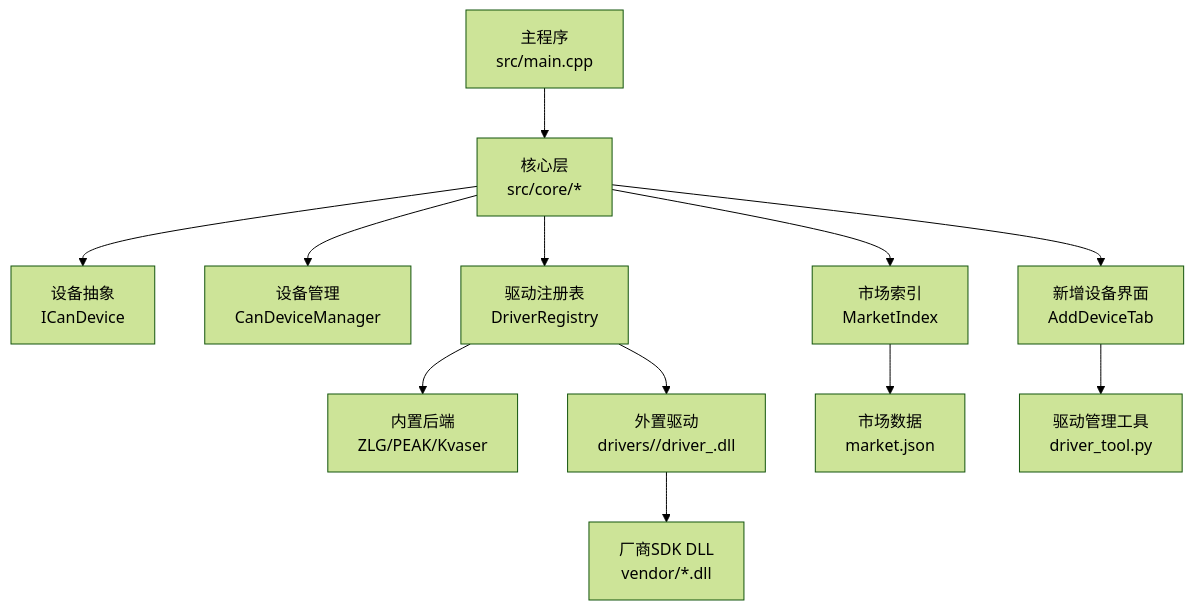
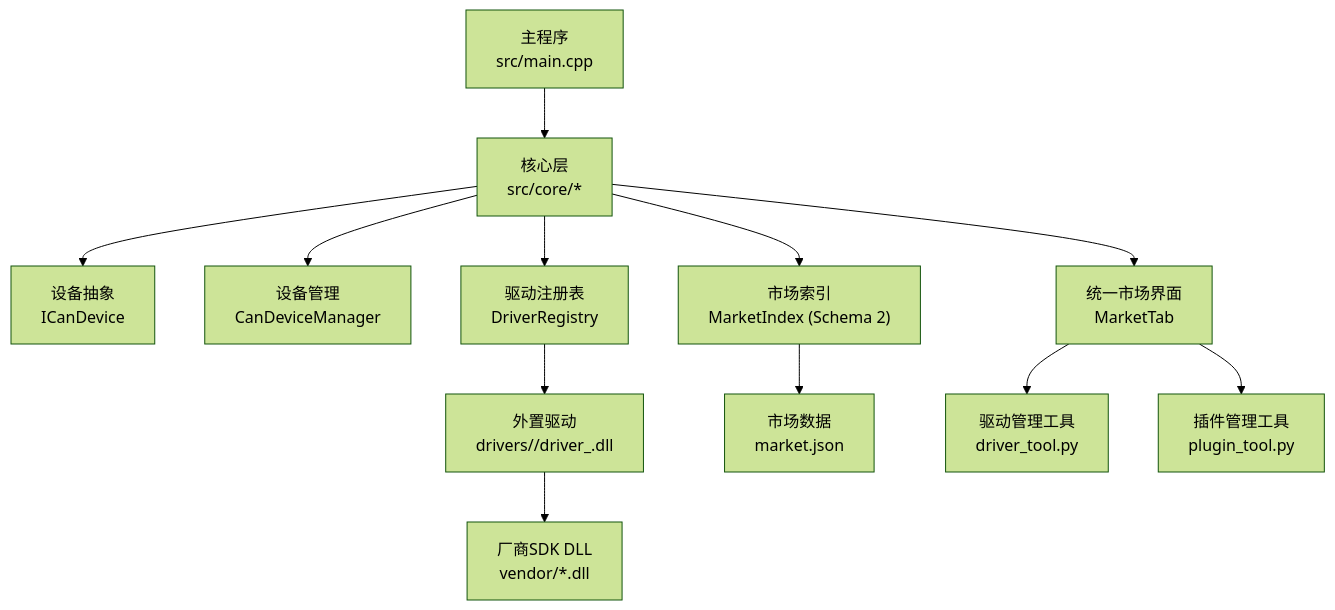
Before and after one commit to jakecai1225-design/OpenBus: the first of 9 diagrams in .qoder/repowiki/zh/content/架构设计/驱动系统方案.md, drawn with Mermaid (forest theme). The commit also changed other lines of this file and 70 other files, not shown here.

````diff
--- a/.qoder/repowiki/zh/content/架构设计/驱动系统方案.md
+++ b/.qoder/repowiki/zh/content/架构设计/驱动系统方案.md
@@ -56,14 +50,14 @@
 ```mermaid
 graph TB
 A["主程序<br/>src/main.cpp"] --> B["核心层<br/>src/core/*"]
 B --> C["设备抽象<br/>ICanDevice"]
 B --> D["设备管理<br/>CanDeviceManager"]
 B --> E["驱动注册表<br/>DriverRegistry"]
-E --> F["内置后端<br/>ZLG/PEAK/Kvaser"]
-E --> G["外置驱动<br/>drivers/<id>/driver_<id>.dll"]
-G --> H["厂商SDK DLL<br/>vendor/*.dll"]
-B --> I["市场索引<br/>MarketIndex"]
-I --> J["市场数据<br/>market.json"]
-B --> K["新增设备界面<br/>AddDeviceTab"]
-K --> L["驱动管理工具<br/>driver_tool.py"]
+E --> F["外置驱动<br/>drivers/<id>/driver_<id>.dll"]
+F --> G["厂商SDK DLL<br/>vendor/*.dll"]
+B --> H["市场索引<br/>MarketIndex (Schema 2)"]
+H --> I["市场数据<br/>market.json"]
+B --> J["统一市场界面<br/>MarketTab"]
+J --> K["驱动管理工具<br/>driver_tool.py"]
+J --> L["插件管理工具<br/>plugin_tool.py"]
 ```
````
